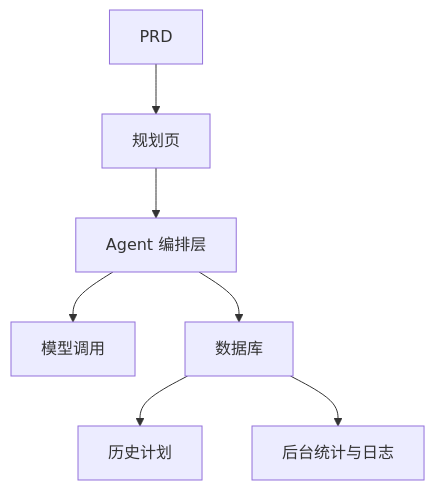
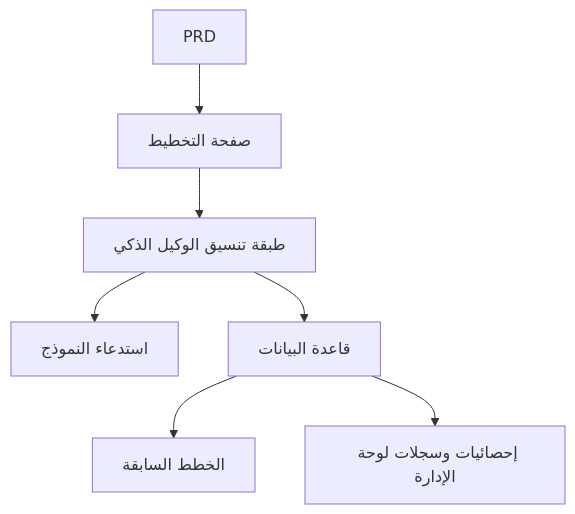
Before and after one commit to sketchymonk/easy-vibe: the diagram in docs/ar-sa/stage-2/assignments/travel-planning-agent-platform/index.md, drawn with Mermaid. The commit also changed other lines of this file and 59 other files, not shown here.

````diff
--- a/docs/ar-sa/stage-2/assignments/travel-planning-agent-platform/index.md
+++ b/docs/ar-sa/stage-2/assignments/travel-planning-agent-platform/index.md
@@ -71,9 +71,9 @@
 ```mermaid
 flowchart TD
-  prd["PRD"] --> planner["规划页"]
-  planner --> agent["Agent 编排层"]
-  agent --> model["模型调用"]
-  agent --> db["数据库"]
-  db --> history["历史计划"]
-  db --> admin["后台统计与日志"]
+  prd["PRD"] --> planner["صفحة التخطيط"]
+  planner --> agent["طبقة تنسيق الوكيل الذكي"]
+  agent --> model["استدعاء النموذج"]
+  agent --> db["قاعدة البيانات"]
+  db --> history["الخطط السابقة"]
+  db --> admin["إحصائيات وسجلات لوحة الإدارة"]
 ```
````
